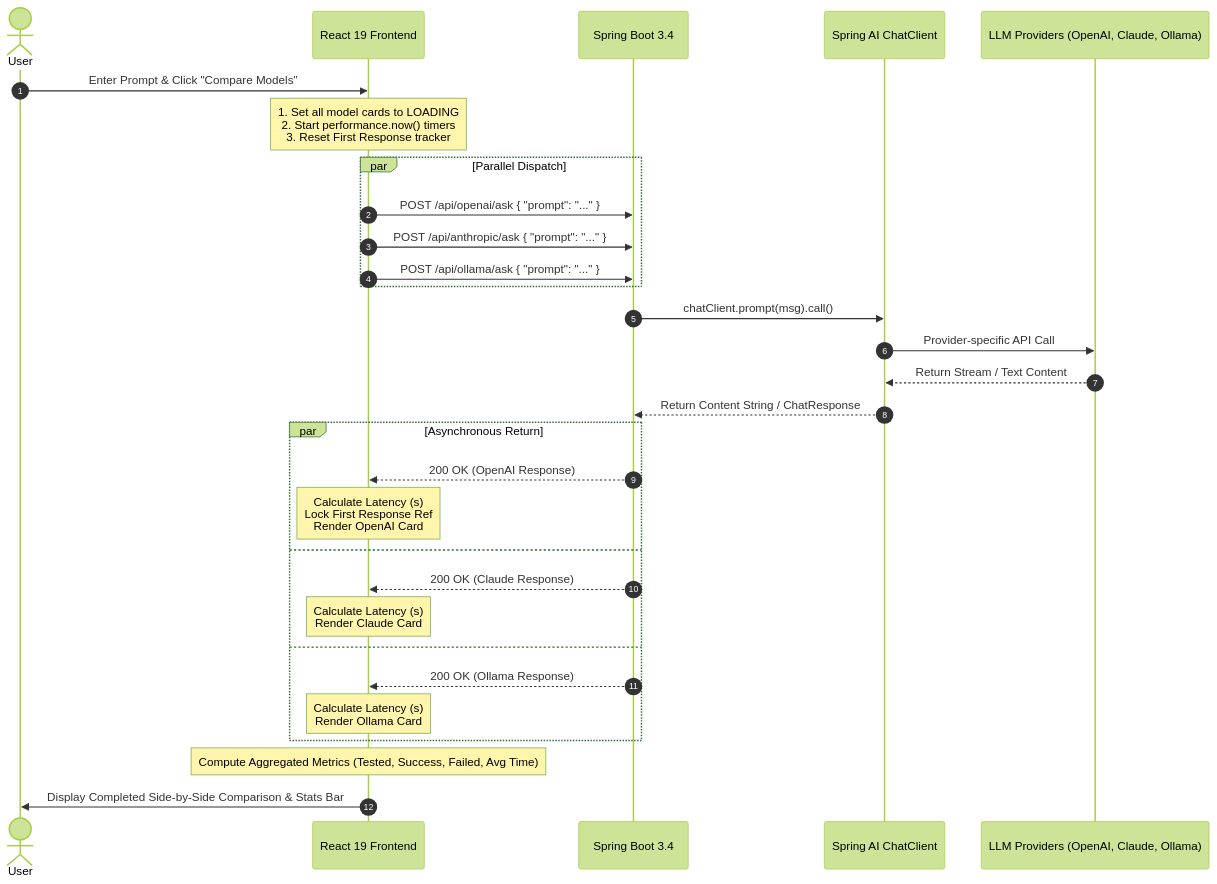
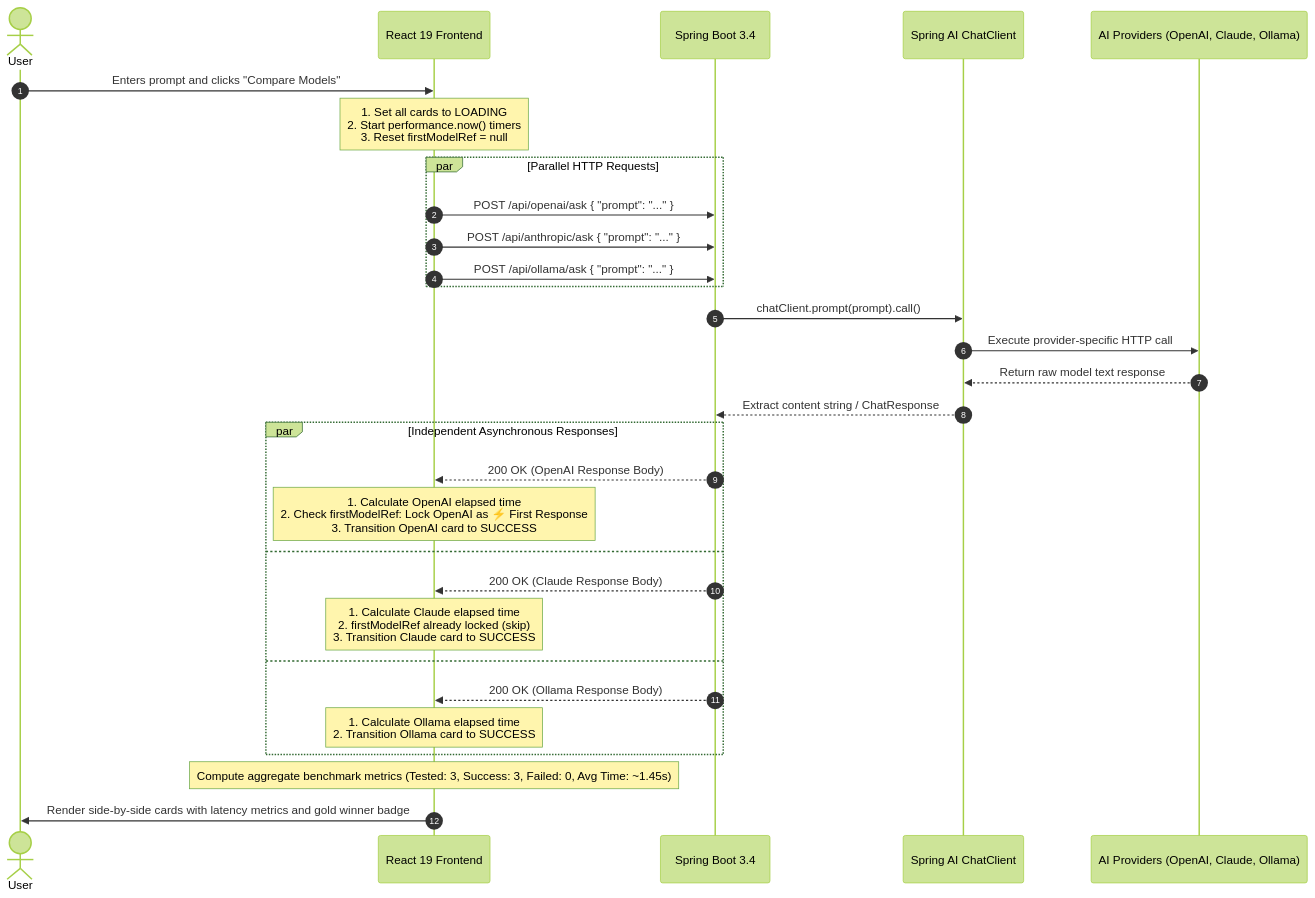
One commit to Md-Asfin/Spring-AI-Studio changed the second of 2 diagrams in README.md. Above: the diagram before and after it, drawn with Mermaid (forest theme). The commit also changed other lines of this file, not shown here.

Commit message:
docs: add comprehensive backend deployment and developer architecture documentation

````diff
--- a/README.md
+++ b/README.md
@@ -175,38 +213,38 @@
 ```mermaid
 sequenceDiagram
     autonumber
     actor User
     participant React as React 19 Frontend
     participant Boot as Spring Boot 3.4
     participant SpringAI as Spring AI ChatClient
-    participant LLMs as LLM Providers (OpenAI, Claude, Ollama)
+    participant Providers as AI Providers (OpenAI, Claude, Ollama)
 
-    User->>React: Enter Prompt & Click "Compare Models"
-    Note over React: 1. Set all model cards to LOADING<br/>2. Start performance.now() timers<br/>3. Reset First Response tracker
+    User->>React: Enters prompt and clicks "Compare Models"
+    Note over React: 1. Set all cards to LOADING<br/>2. Start performance.now() timers<br/>3. Reset firstModelRef = null
     
-    par Parallel Dispatch
+    par Parallel HTTP Requests
         React->>Boot: POST /api/openai/ask { "prompt": "..." }
         React->>Boot: POST /api/anthropic/ask { "prompt": "..." }
         React->>Boot: POST /api/ollama/ask { "prompt": "..." }
     end
 
-    Boot->>SpringAI: chatClient.prompt(msg).call()
-    SpringAI->>LLMs: Provider-specific API Call
+    Boot->>SpringAI: chatClient.prompt(prompt).call()
+    SpringAI->>Providers: Execute provider-specific HTTP call
     
-    LLMs-->>SpringAI: Return Stream / Text Content
-    SpringAI-->>Boot: Return Content String / ChatResponse
+    Providers-->>SpringAI: Return raw model text response
+    SpringAI-->>Boot: Extract content string / ChatResponse
     
-    par Asynchronous Return
-        Boot-->>React: 200 OK (OpenAI Response)
-        Note over React: Calculate Latency (s)<br/>Lock First Response Ref<br/>Render OpenAI Card
+    par Independent Asynchronous Responses
+        Boot-->>React: 200 OK (OpenAI Response Body)
+        Note over React: 1. Calculate OpenAI elapsed time<br/>2. Check firstModelRef: Lock OpenAI as ⚡ First Response<br/>3. Transition OpenAI card to SUCCESS
     and
-        Boot-->>React: 200 OK (Claude Response)
-        Note over React: Calculate Latency (s)<br/>Render Claude Card
+        Boot-->>React: 200 OK (Claude Response Body)
+        Note over React: 1. Calculate Claude elapsed time<br/>2. firstModelRef already locked (skip)<br/>3. Transition Claude card to SUCCESS
     and
-        Boot-->>React: 200 OK (Ollama Response)
-        Note over React: Calculate Latency (s)<br/>Render Ollama Card
+        Boot-->>React: 200 OK (Ollama Response Body)
+        Note over React: 1. Calculate Ollama elapsed time<br/>2. Transition Ollama card to SUCCESS
     end
 
-    Note over React: Compute Aggregated Metrics (Tested, Success, Failed, Avg Time)
-    React->>User: Display Completed Side-by-Side Comparison & Stats Bar
+    Note over React: Compute aggregate benchmark metrics (Tested: 3, Success: 3, Failed: 0, Avg Time: ~1.45s)
+    React->>User: Render side-by-side cards with latency metrics and gold winner badge
 ```
````
